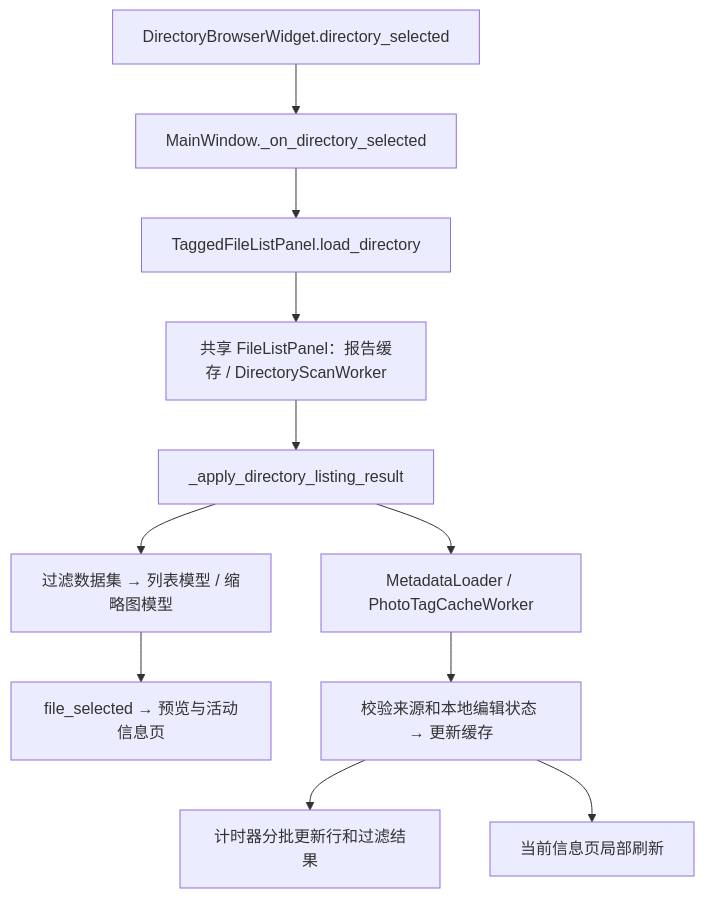
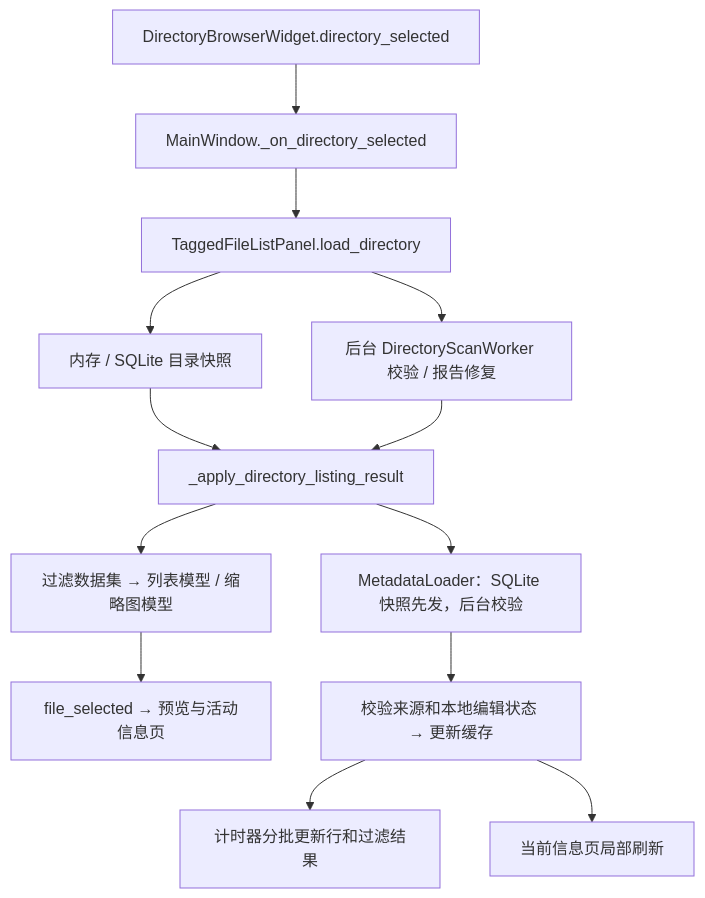
One commit to OscarKing888/SuperBirdTools changed the first of 2 diagrams in SuperViewer/docs/ARCHITECTURE.md. Above: the diagram before and after it, drawn with Mermaid. The commit also changed other lines of this file and 60 other files, not shown here.

Commit message:
Use SQLite-first metadata snapshots and edits in both applications

````diff
--- a/SuperViewer/docs/ARCHITECTURE.md
+++ b/SuperViewer/docs/ARCHITECTURE.md
@@ -71,13 +75,15 @@
 ```mermaid
 flowchart TD
     D[DirectoryBrowserWidget.directory_selected] --> M[MainWindow._on_directory_selected]
     M --> L[TaggedFileListPanel.load_directory]
-    L --> S[共享 FileListPanel：报告缓存 / DirectoryScanWorker]
+    L --> K[内存 / SQLite 目录快照]
+    K --> A
+    L --> S[后台 DirectoryScanWorker 校验 / 报告修复]
     S --> A[_apply_directory_listing_result]
     A --> V[过滤数据集 → 列表模型 / 缩略图模型]
     V --> P[file_selected → 预览与活动信息页]
-    A --> B[MetadataLoader / PhotoTagCacheWorker]
+    A --> B[MetadataLoader：SQLite 快照先发，后台校验]
     B --> C[校验来源和本地编辑状态 → 更新缓存]
     C --> T[计时器分批更新行和过滤结果]
     C --> I[当前信息页局部刷新]
 ```
````
